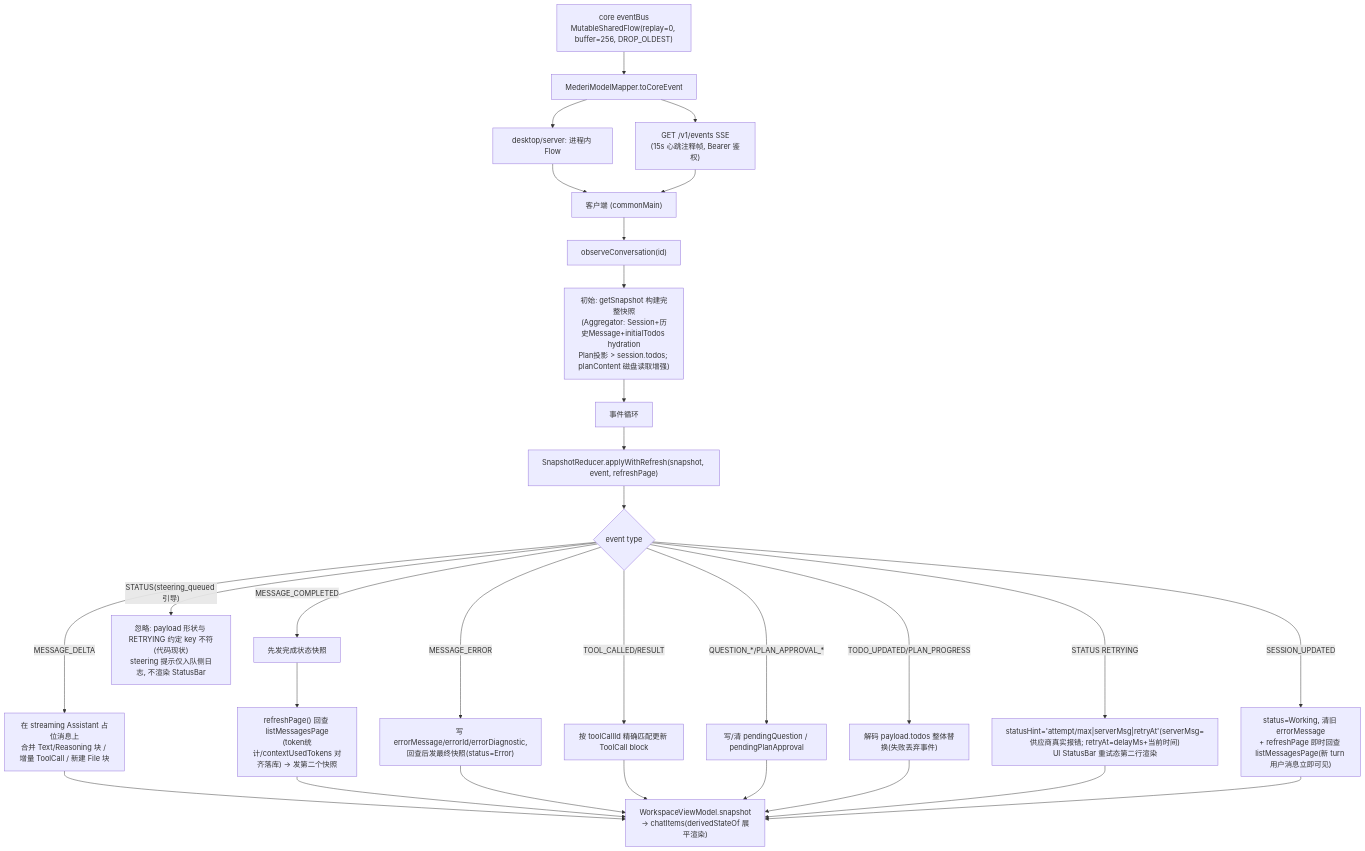
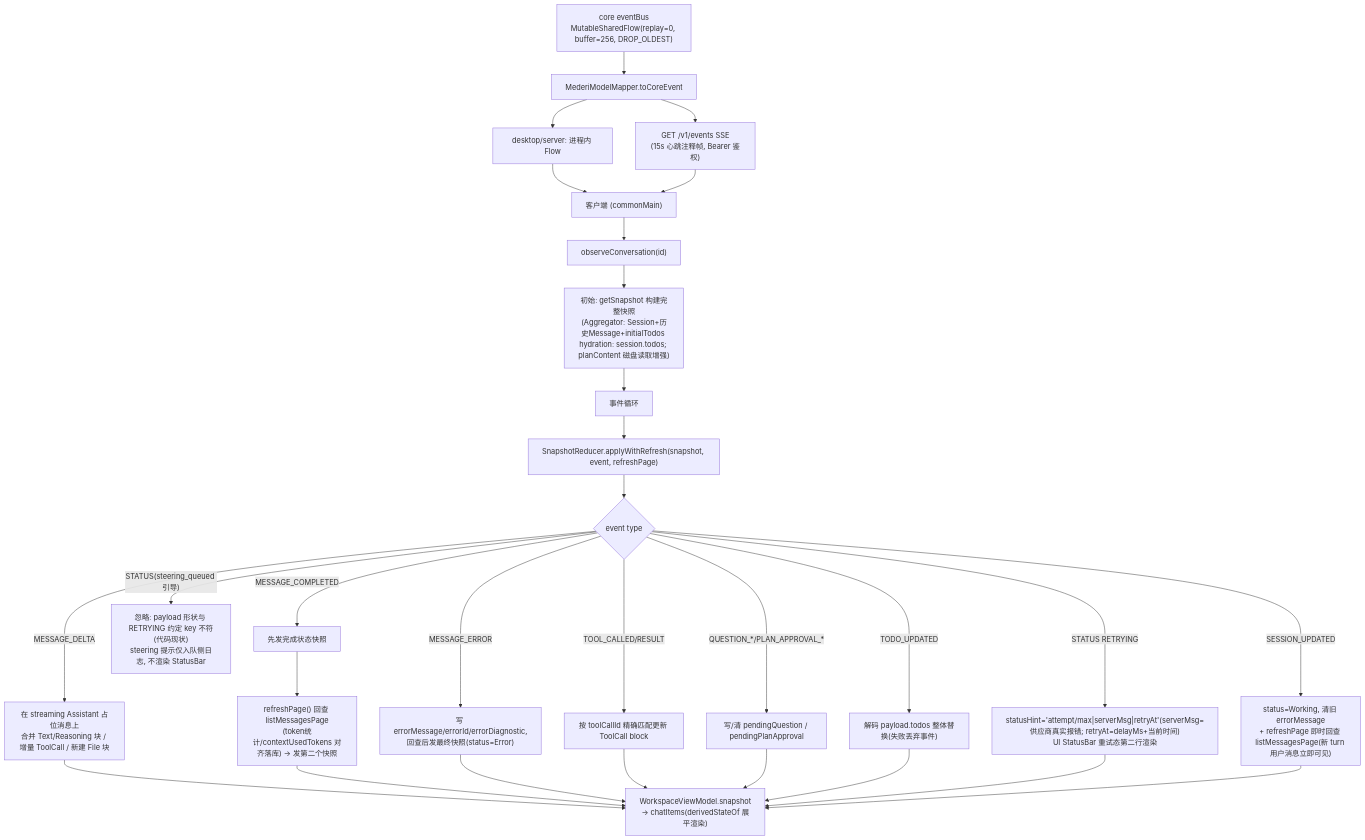
One commit to lzdev42/mederi changed the fourth of 18 diagrams in docs/architecture/04-flows.md. Above: the diagram before and after it, drawn with Mermaid. The commit also changed other lines of this file and 95 other files, not shown here.

````diff
--- a/docs/architecture/04-flows.md
+++ b/docs/architecture/04-flows.md
@@ -147,23 +147,23 @@
 ```mermaid
 flowchart TD
     EB["core eventBus<br/>MutableSharedFlow(replay=0, buffer=256, DROP_OLDEST)"] --> MAP["MederiModelMapper.toCoreEvent"]
     MAP --> CH1["desktop/server: 进程内 Flow"]
     MAP --> CH2["GET /v1/events SSE<br/>(15s 心跳注释帧, Bearer 鉴权)"]
     CH1 & CH2 --> CLIENT["客户端 (commonMain)"]
     CLIENT --> OB["observeConversation(id)"]
-    OB --> INIT["初始: getSnapshot 构建完整快照<br/>(Aggregator: Session+历史Message+initialTodos hydration<br/>Plan投影 > session.todos; planContent 磁盘读取增强)"]
+    OB --> INIT["初始: getSnapshot 构建完整快照<br/>(Aggregator: Session+历史Message+initialTodos hydration: session.todos; planContent 磁盘读取增强)"]
     INIT --> LOOP
     LOOP["事件循环"] --> SR["SnapshotReducer.applyWithRefresh(snapshot, event, refreshPage)"]
     SR --> SW{"event type"}
     SW -- "MESSAGE_DELTA" --> D["在 streaming Assistant 占位消息上<br/>合并 Text/Reasoning 块 / 增量 ToolCall / 新建 File 块"]
     SW -- "MESSAGE_COMPLETED" --> C1["先发完成状态快照"]
     C1 --> C2["refreshPage() 回查 listMessagesPage<br/>(token统计/contextUsedTokens 对齐落库) → 发第二个快照"]
     SW -- "MESSAGE_ERROR" --> ER["写 errorMessage/errorId/errorDiagnostic,<br/>回查后发最终快照(status=Error)"]
     SW -- "TOOL_CALLED/RESULT" --> TO["按 toolCallId 精确匹配更新 ToolCall block"]
     SW -- "QUESTION_*/PLAN_APPROVAL_*" --> PE["写/清 pendingQuestion / pendingPlanApproval"]
-    SW -- "TODO_UPDATED/PLAN_PROGRESS" --> TD["解码 payload.todos 整体替换(失败丢弃事件)"]
+    SW -- "TODO_UPDATED" --> TD["解码 payload.todos 整体替换(失败丢弃事件)"]
     SW -- "STATUS RETRYING" --> ST["statusHint='attempt/max|serverMsg|retryAt'(serverMsg=供应商真实报错; retryAt=delayMs+当前时间)<br/>UI StatusBar 重试态第二行渲染"]
     SW -- "SESSION_UPDATED" --> SU["status=Working, 清旧 errorMessage<br/>+ refreshPage 即时回查 listMessagesPage(新 turn 用户消息立即可见)"]
     SW -- "STATUS(steering_queued 引导)" --> SIG["忽略: payload 形状与 RETRYING 约定 key 不符(代码现状)<br/>steering 提示仅入队侧日志, 不渲染 StatusBar"]
     D & C2 & ER & TO & PE & TD & ST & SU --> UI["WorkspaceViewModel.snapshot<br/>→ chatItems(derivedStateOf 展平渲染)"]
 ```
````
